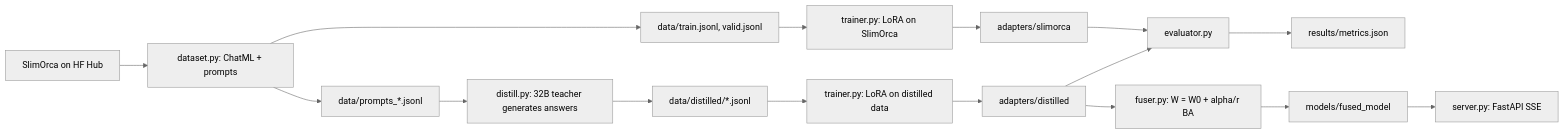
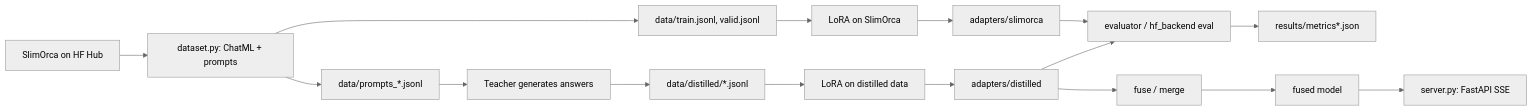
The diagram in README.md (shivangi911/peft-qlora-engine), drawn with Mermaid (neutral theme) before and after one commit. The commit also changed other lines of this file and 6 other files, not shown here.

First line of the commit message:
Add PyTorch CPU backend with end-to-end results

````diff
--- a/README.md
+++ b/README.md
@@ -39,18 +47,18 @@
 ```mermaid
 flowchart LR
     HF[SlimOrca on HF Hub] --> DS[dataset.py: ChatML + prompts]
     DS --> TR[data/train.jsonl, valid.jsonl]
     DS --> PR[data/prompts_*.jsonl]
-    PR --> DI[distill.py: 32B teacher generates answers]
+    PR --> DI[Teacher generates answers]
     DI --> DD[data/distilled/*.jsonl]
-    TR --> T1[trainer.py: LoRA on SlimOrca]
-    DD --> T2[trainer.py: LoRA on distilled data]
+    TR --> T1[LoRA on SlimOrca]
+    DD --> T2[LoRA on distilled data]
     T1 --> A1[adapters/slimorca]
     T2 --> A2[adapters/distilled]
-    A1 --> EV[evaluator.py]
+    A1 --> EV[evaluator / hf_backend eval]
     A2 --> EV
-    EV --> M[results/metrics.json]
-    A2 --> FU[fuser.py: W = W0 + alpha/r BA]
-    FU --> FM[models/fused_model]
+    EV --> M[results/metrics*.json]
+    A2 --> FU[fuse / merge]
+    FU --> FM[fused model]
     FM --> SV[server.py: FastAPI SSE]
 ```
````
